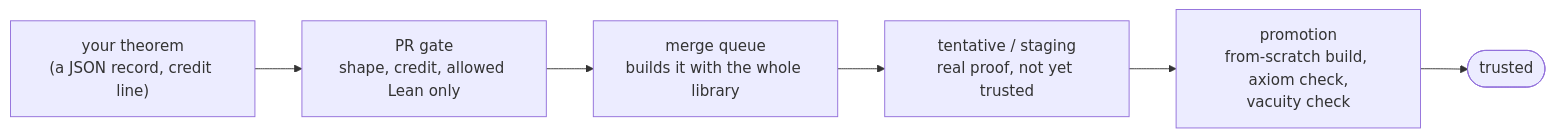
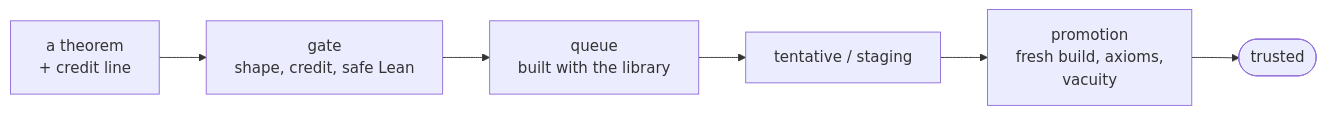
One commit to competemath/tengoku-sandbox changed the diagram in readme-draft.md. Above: the diagram before and after it, drawn with Mermaid. The commit also changed other lines of this file, not shown here.

Commit message:
README draft v1 (one-minute shape)

````diff
--- a/readme-draft.md
+++ b/readme-draft.md
@@ -53,8 +30,4 @@
 ```mermaid
 flowchart LR
-  A["your theorem<br/>(a JSON record, credit line)"] --> B["PR gate<br/>shape, credit, allowed Lean only"]
-  B --> C["merge queue<br/>builds it with the whole library"]
-  C --> D["tentative / staging<br/>real proof, not yet trusted"]
-  D --> E["promotion<br/>from-scratch build, axiom check,<br/>vacuity check"]
-  E --> F(["trusted"])
+  A["a theorem<br/>+ credit line"] --> B["gate<br/>shape, credit, safe Lean"] --> C["queue<br/>built with the library"] --> D["tentative / staging"] --> E["promotion<br/>fresh build, axioms,<br/>vacuity"] --> F(["trusted"])
 ```
````
